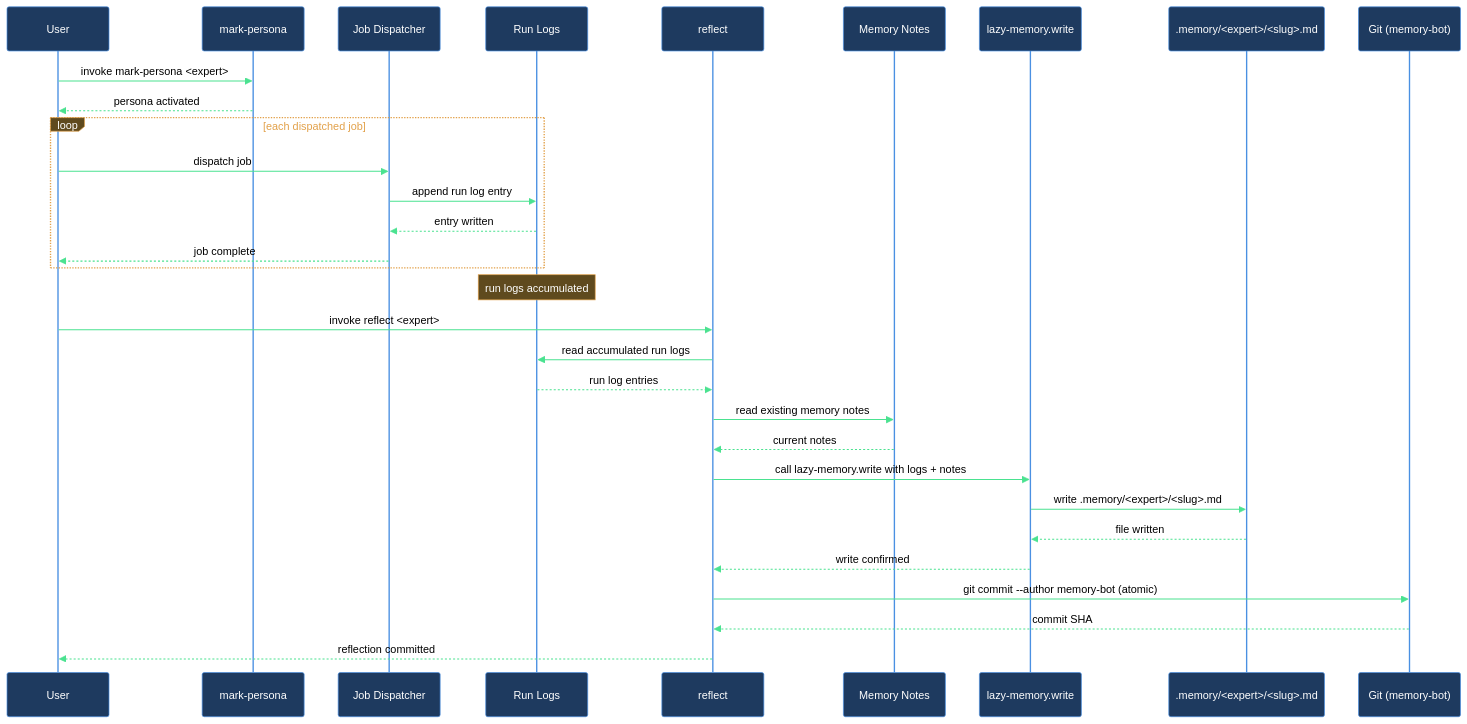
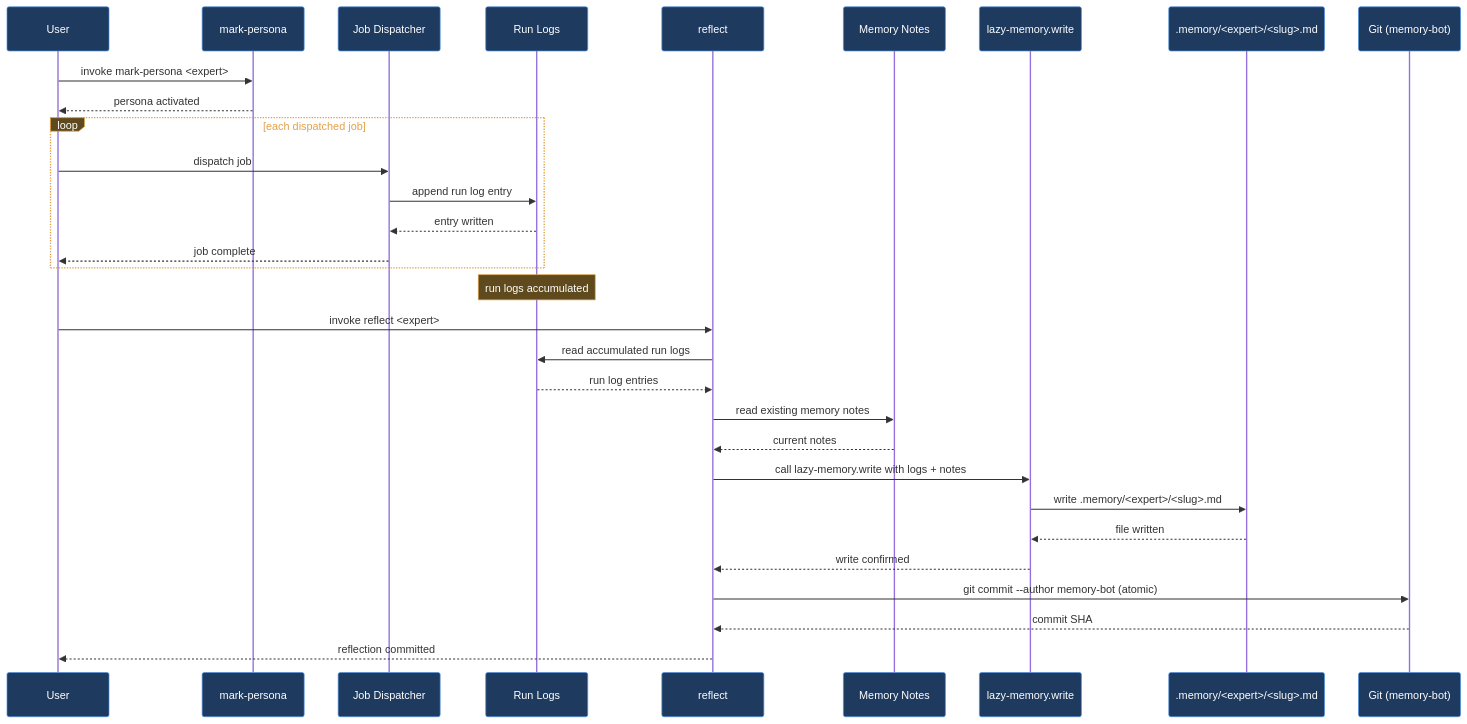
One commit to mebius-san/lazy-cortex changed the diagram in claude/lazycortex-core/help/walkthroughs/add-memory-to-expert.md. Above: the diagram before and after it, drawn with Mermaid. The commit also changed other lines of this file and 265 other files, not shown here.

Commit message:
release lazycortex-core 7.1.1, lazycortex-diagram 1.1.8, lazycortex-experts 1.2.0, lazycortex-observe 0.8.5, lazycortex-obsidian 3.1.0, lazycortex-python 4.0.1, lazycortex-review 6.2.0, lazycortex-specs 6.1.0, lazycortex-wiki 2.1.0

````diff
--- a/claude/lazycortex-core/help/walkthroughs/add-memory-to-expert.md
+++ b/claude/lazycortex-core/help/walkthroughs/add-memory-to-expert.md
@@ -169,38 +169,38 @@
 ```mermaid
-%%{init: {'themeVariables':{'background':'transparent','primaryColor':'#1e3a5f','primaryBorderColor':'#4a90e2','primaryTextColor':'#fff','lineColor':'#4ae290','actorBkg':'#1e3a5f','actorBorder':'#4a90e2','actorTextColor':'#fff','actorLineColor':'#4a90e2','signalColor':'#4ae290','signalTextColor':'#000','noteBkgColor':'#5f4a1e','noteBorderColor':'#e2a14a','noteTextColor':'#fff','labelBoxBkgColor':'#5f4a1e','labelBoxBorderColor':'#e2a14a','labelTextColor':'#fff','loopTextColor':'#e2a14a'},'sequence':{'diagramPadding':5,'useMaxWidth':true}}}%%
+%%{init: {'themeVariables':{'background':'transparent','primaryColor':'#1e3a5f','primaryBorderColor':'#4a90e2','primaryTextColor':'#fff','lineColor':'#4ae290','actorBkg':'#1e3a5f','actorBorder':'#4a90e2','actorTextColor':'#fff','noteBkgColor':'#5f4a1e','noteBorderColor':'#e2a14a','noteTextColor':'#fff','labelBoxBkgColor':'#5f4a1e','labelBoxBorderColor':'#e2a14a','labelTextColor':'#fff','loopTextColor':'#e2a14a'},'sequence':{'diagramPadding':5,'useMaxWidth':true}}}%%
 sequenceDiagram
   participant user as User
   participant markPersona as mark-persona
   participant jobDispatcher as Job Dispatcher
   participant runLogs as Run Logs
   participant reflect as reflect
   participant memoryNotes as Memory Notes
   participant lazyMemory as lazy-memory.write
   participant memoryStore as .memory/<expert>/<slug>.md
   participant git as Git (memory-bot)
 
   user->>markPersona: invoke mark-persona <expert>
   markPersona-->>user: persona activated
 
   loop each dispatched job
     user->>jobDispatcher: dispatch job
     jobDispatcher->>runLogs: append run log entry
     runLogs-->>jobDispatcher: entry written
     jobDispatcher-->>user: job complete
   end
 
   Note over runLogs: run logs accumulated
 
   user->>reflect: invoke reflect <expert>
   reflect->>runLogs: read accumulated run logs
   runLogs-->>reflect: run log entries
   reflect->>memoryNotes: read existing memory notes
   memoryNotes-->>reflect: current notes
   reflect->>lazyMemory: call lazy-memory.write with logs + notes
   lazyMemory->>memoryStore: write .memory/<expert>/<slug>.md
   memoryStore-->>lazyMemory: file written
   lazyMemory-->>reflect: write confirmed
   reflect->>git: git commit --author memory-bot (atomic)
   git-->>reflect: commit SHA
   reflect-->>user: reflection committed
 ```
````
